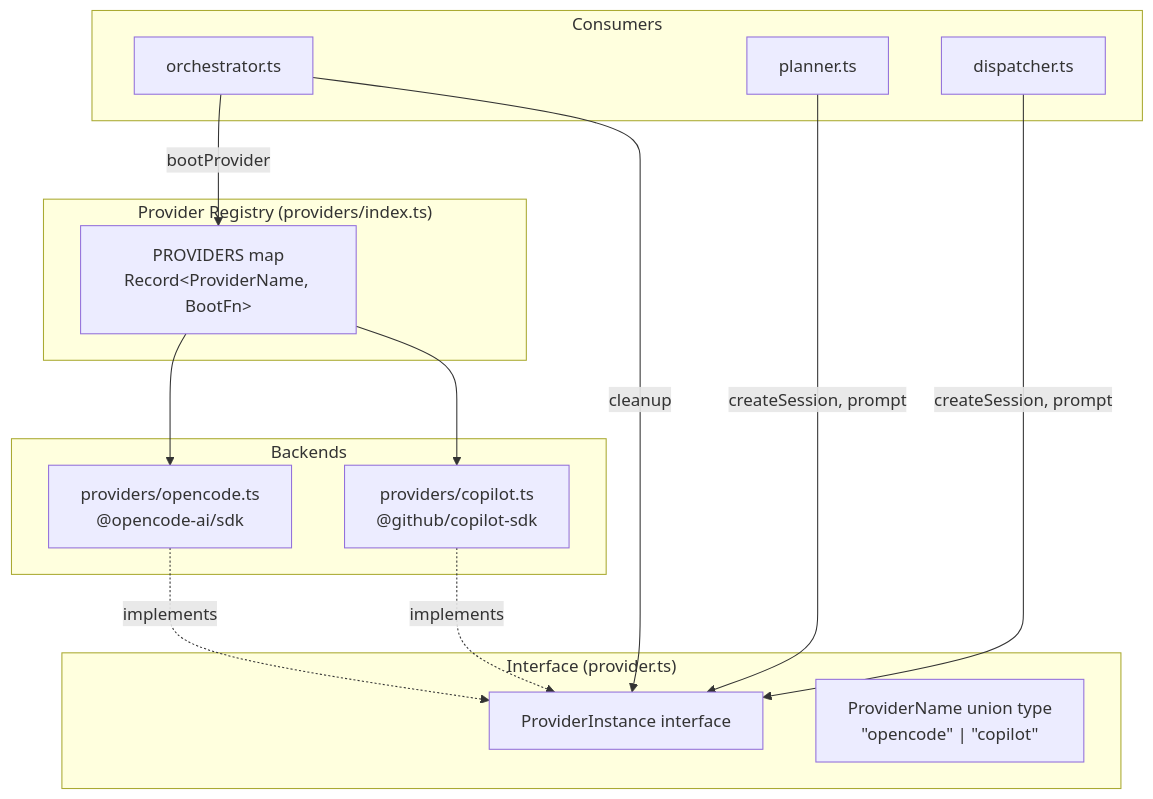
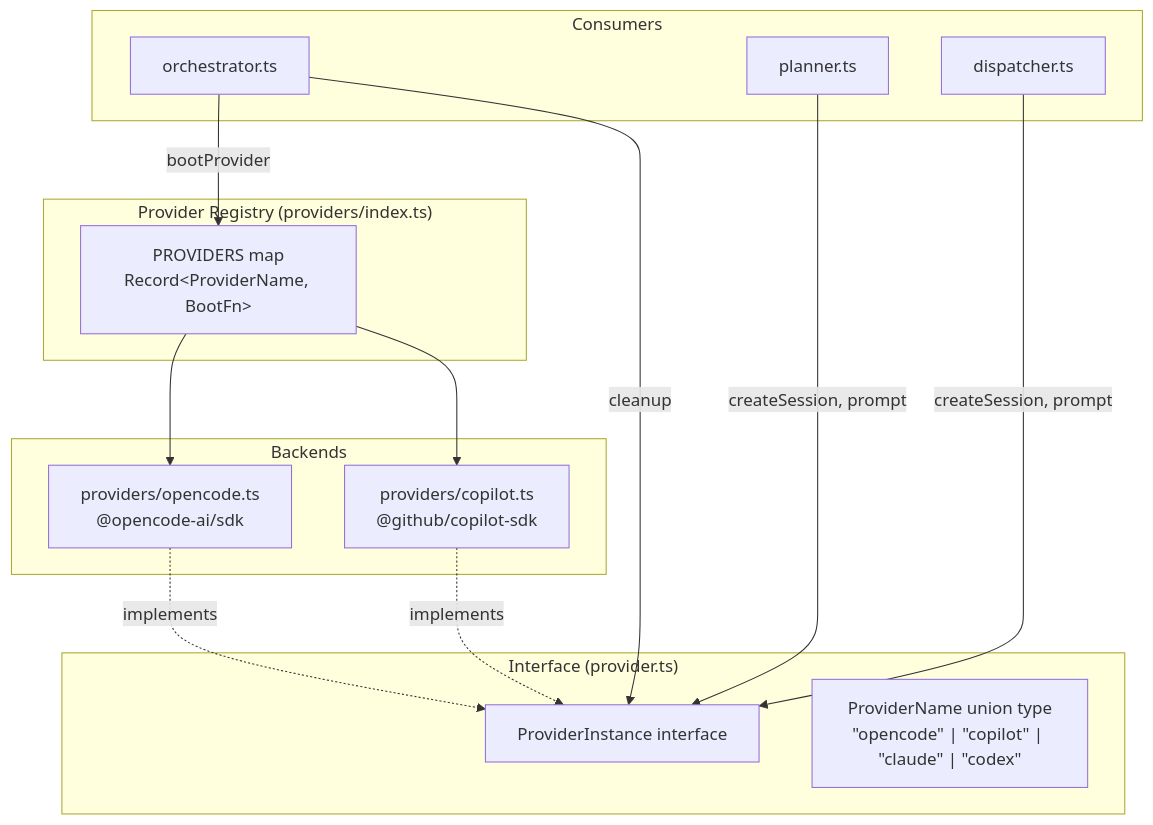
The third of 3 diagrams in docs/provider-system/provider-overview.md (PatrickRuddiman/Dispatch), drawn with Mermaid before and after one commit. The commit also changed other lines of this file and 51 other files, not shown here.

````diff
--- a/docs/provider-system/provider-overview.md
+++ b/docs/provider-system/provider-overview.md
@@ -127,31 +127,31 @@
 ```mermaid
 graph TD
     subgraph "Provider Registry (providers/index.ts)"
         REG["PROVIDERS map<br/>Record&lt;ProviderName, BootFn&gt;"]
     end
 
     subgraph "Interface (provider.ts)"
         IF["ProviderInstance interface"]
-        PN["ProviderName union type<br/>&quot;opencode&quot; | &quot;copilot&quot;"]
+        PN["ProviderName union type<br/>&quot;opencode&quot; | &quot;copilot&quot; | &quot;claude&quot; | &quot;codex&quot;"]
     end
 
     subgraph "Backends"
         OC["providers/opencode.ts<br/>@opencode-ai/sdk"]
         CP["providers/copilot.ts<br/>@github/copilot-sdk"]
     end
 
     subgraph "Consumers"
         ORCH["orchestrator.ts"]
         PLAN["planner.ts"]
         DISP["dispatcher.ts"]
     end
 
     REG --> OC
     REG --> CP
     OC -.->|implements| IF
     CP -.->|implements| IF
     ORCH -->|bootProvider| REG
     PLAN -->|createSession, prompt| IF
     DISP -->|createSession, prompt| IF
     ORCH -->|cleanup| IF
 ```
````
